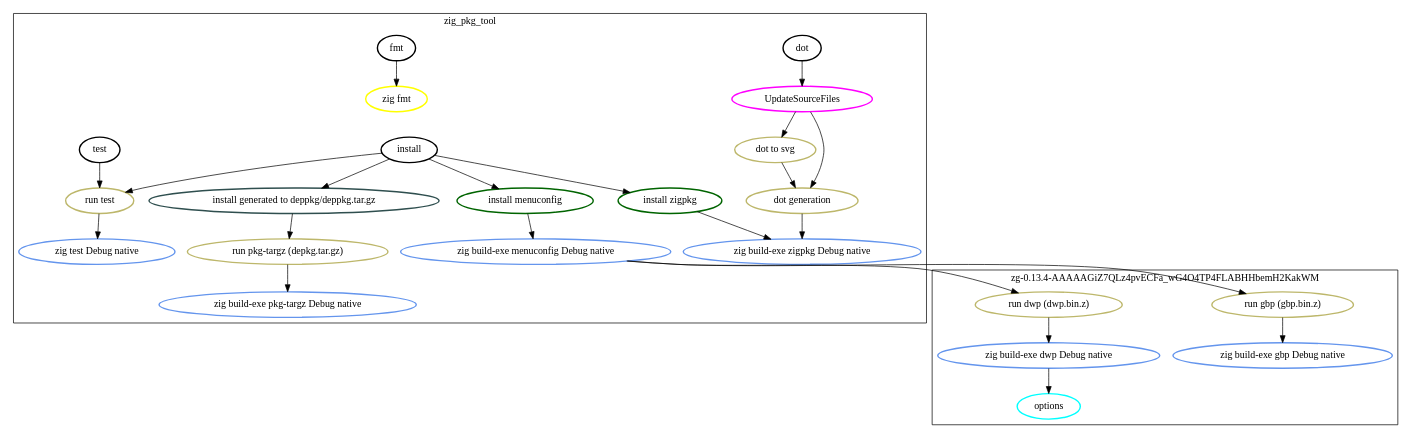
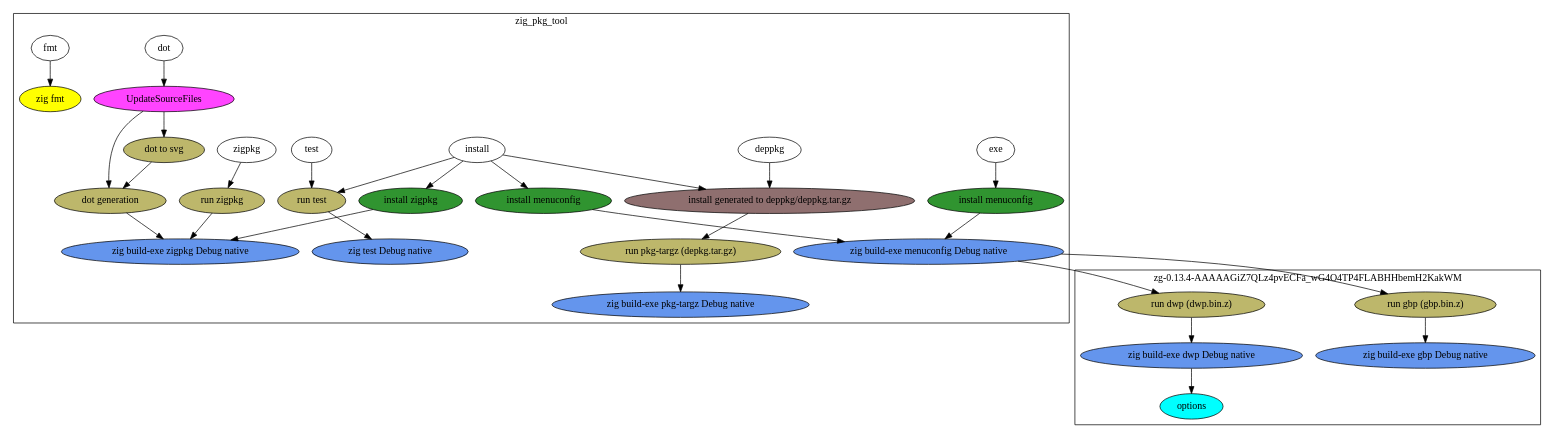
The diagram in graph.dot (dasimmet/zig_pkg_tool), drawn with Graphviz before and after one commit. The commit also changed 3 other files, not shown here.

```diff
--- a/graph.dot
+++ b/graph.dot
@@ -1,104 +1,90 @@
 digraph {
-"N0" [label="install", style="bold", color="#000000", group="G0", tooltip="zig_pkg_tool"]
+"N0" [label="install", style="filled", fillcolor="#ffffff", group="G0", tooltip="zig_pkg_tool"]
 "N0" -> "N1"
 "N0" -> "N2"
 "N0" -> "N3"
 "N0" -> "N4"
-"N1" [label="install menuconfig", style="bold", color="#006400", group="G0", tooltip="zig_pkg_tool"]
+"N1" [label="install menuconfig", style="filled", fillcolor="#309430", group="G0", tooltip="zig_pkg_tool"]
 "N1" -> "N5"
-"N5" [label="zig build-exe menuconfig Debug native", style="bold", color="#6495ed", group="G0", tooltip="zig_pkg_tool"]
+"N5" [label="zig build-exe menuconfig Debug native", style="filled", fillcolor="#6495ed", group="G0", tooltip="zig_pkg_tool"]
 "N5" -> "N6"
 "N5" -> "N7"
-"N6" [label="run gbp (gbp.bin.z)", style="bold", color="#bdb76b", group="G1", tooltip="zg-0.13.4-AAAAAGiZ7QLz4pvECFa_wG4O4TP4FLABHHbemH2KakWM"]
+"N6" [label="run gbp (gbp.bin.z)", style="filled", fillcolor="#bdb76b", group="G1", tooltip="zg-0.13.4-AAAAAGiZ7QLz4pvECFa_wG4O4TP4FLABHHbemH2KakWM"]
 "N6" -> "N8"
-"N8" [label="zig build-exe gbp Debug native", style="bold", color="#6495ed", group="G1", tooltip="zg-0.13.4-AAAAAGiZ7QLz4pvECFa_wG4O4TP4FLABHHbemH2KakWM"]
-"N7" [label="run dwp (dwp.bin.z)", style="bold", color="#bdb76b", group="G1", tooltip="zg-0.13.4-AAAAAGiZ7QLz4pvECFa_wG4O4TP4FLABHHbemH2KakWM"]
+"N8" [label="zig build-exe gbp Debug native", style="filled", fillcolor="#6495ed", group="G1", tooltip="zg-0.13.4-AAAAAGiZ7QLz4pvECFa_wG4O4TP4FLABHHbemH2KakWM"]
+"N7" [label="run dwp (dwp.bin.z)", style="filled", fillcolor="#bdb76b", group="G1", tooltip="zg-0.13.4-AAAAAGiZ7QLz4pvECFa_wG4O4TP4FLABHHbemH2KakWM"]
 "N7" -> "N9"
-"N9" [label="zig build-exe dwp Debug native", style="bold", color="#6495ed", group="G1", tooltip="zg-0.13.4-AAAAAGiZ7QLz4pvECFa_wG4O4TP4FLABHHbemH2KakWM"]
+"N9" [label="zig build-exe dwp Debug native", style="filled", fillcolor="#6495ed", group="G1", tooltip="zg-0.13.4-AAAAAGiZ7QLz4pvECFa_wG4O4TP4FLABHHbemH2KakWM"]
 "N9" -> "N10"
-"N10" [label="options", style="bold", color="#00ffff", group="G1", tooltip="zg-0.13.4-AAAAAGiZ7QLz4pvECFa_wG4O4TP4FLABHHbemH2KakWM"]
-"N2" [label="install generated to deppkg/deppkg.tar.gz", style="bold", color="#2f4f4f", group="G0", tooltip="zig_pkg_tool"]
+"N10" [label="options", style="filled", fillcolor="#00ffff", group="G1", tooltip="zg-0.13.4-AAAAAGiZ7QLz4pvECFa_wG4O4TP4FLABHHbemH2KakWM"]
+"N2" [label="install generated to deppkg/deppkg.tar.gz", style="filled", fillcolor="#8f6f6f", group="G0", tooltip="zig_pkg_tool"]
 "N2" -> "N11"
-"N11" [label="run pkg-targz (depkg.tar.gz)", style="bold", color="#bdb76b", group="G0", tooltip="zig_pkg_tool"]
+"N11" [label="run pkg-targz (depkg.tar.gz)", style="filled", fillcolor="#bdb76b", group="G0", tooltip="zig_pkg_tool"]
 "N11" -> "N12"
-"N12" [label="zig build-exe pkg-targz Debug native", style="bold", color="#6495ed", group="G0", tooltip="zig_pkg_tool"]
-"N3" [label="install zigpkg", style="bold", color="#006400", group="G0", tooltip="zig_pkg_tool"]
+"N12" [label="zig build-exe pkg-targz Debug native", style="filled", fillcolor="#6495ed", group="G0", tooltip="zig_pkg_tool"]
+"N3" [label="install zigpkg", style="filled", fillcolor="#309430", group="G0", tooltip="zig_pkg_tool"]
 "N3" -> "N13"
-"N13" [label="zig build-exe zigpkg Debug native", style="bold", color="#6495ed", group="G0", tooltip="zig_pkg_tool"]
-"N4" [label="run test", style="bold", color="#bdb76b", group="G0", tooltip="zig_pkg_tool"]
+"N13" [label="zig build-exe zigpkg Debug native", style="filled", fillcolor="#6495ed", group="G0", tooltip="zig_pkg_tool"]
+"N4" [label="run test", style="filled", fillcolor="#bdb76b", group="G0", tooltip="zig_pkg_tool"]
 "N4" -> "N14"
-"N14" [label="zig test Debug native", style="bold", color="#6495ed", group="G0", tooltip="zig_pkg_tool"]
-"N15" [label="dot", style="bold", color="#000000", group="G0", tooltip="zig_pkg_tool"]
+"N14" [label="zig test Debug native", style="filled", fillcolor="#6495ed", group="G0", tooltip="zig_pkg_tool"]
+"N15" [label="exe", style="filled", fillcolor="#ffffff", group="G0", tooltip="zig_pkg_tool"]
 "N15" -> "N16"
-"N16" [label="UpdateSourceFiles", style="bold", color="#ff00ff", group="G0", tooltip="zig_pkg_tool"]
-"N16" -> "N17"
-"N16" -> "N18"
-"N17" [label="dot generation", style="bold", color="#bdb76b", group="G0", tooltip="zig_pkg_tool"]
-"N17" -> "N13"
-"N18" [label="dot to svg", style="bold", color="#bdb76b", group="G0", tooltip="zig_pkg_tool"]
-"N18" -> "N17"
-"N19" [label="test", style="bold", color="#000000", group="G0", tooltip="zig_pkg_tool"]
-"N19" -> "N4"
-"N20" [label="fmt", style="bold", color="#000000", group="G0", tooltip="zig_pkg_tool"]
+"N16" [label="install menuconfig", style="filled", fillcolor="#309430", group="G0", tooltip="zig_pkg_tool"]
+"N16" -> "N5"
+"N17" [label="deppkg", style="filled", fillcolor="#ffffff", group="G0", tooltip="zig_pkg_tool"]
+"N17" -> "N2"
+"N18" [label="zigpkg", style="filled", fillcolor="#ffffff", group="G0", tooltip="zig_pkg_tool"]
+"N18" -> "N19"
+"N19" [label="run zigpkg", style="filled", fillcolor="#bdb76b", group="G0", tooltip="zig_pkg_tool"]
+"N19" -> "N13"
+"N20" [label="dot", style="filled", fillcolor="#ffffff", group="G0", tooltip="zig_pkg_tool"]
 "N20" -> "N21"
-"N21" [label="zig fmt", style="bold", color="#ffff00", group="G0", tooltip="zig_pkg_tool"]
+"N21" [label="UpdateSourceFiles", style="filled", fillcolor="#ff44ff", group="G0", tooltip="zig_pkg_tool"]
+"N21" -> "N22"
+"N21" -> "N23"
+"N22" [label="dot generation", style="filled", fillcolor="#bdb76b", group="G0", tooltip="zig_pkg_tool"]
+"N22" -> "N13"
+"N23" [label="dot to svg", style="filled", fillcolor="#bdb76b", group="G0", tooltip="zig_pkg_tool"]
+"N23" -> "N22"
+"N24" [label="test", style="filled", fillcolor="#ffffff", group="G0", tooltip="zig_pkg_tool"]
+"N24" -> "N4"
+"N25" [label="fmt", style="filled", fillcolor="#ffffff", group="G0", tooltip="zig_pkg_tool"]
+"N25" -> "N26"
+"N26" [label="zig fmt", style="filled", fillcolor="#ffff00", group="G0", tooltip="zig_pkg_tool"]
 subgraph cluster_0 {
   cluster = true
   label = "zig_pkg_tool"
   "N0"
   "N1"
+  "N2"
+  "N3"
+  "N4"
   "N5"
-  "N2"
   "N11"
   "N12"
-  "N3"
   "N13"
-  "N4"
   "N14"
+  "N15"
+  "N16"
+  "N17"
+  "N18"
+  "N19"
+  "N20"
+  "N21"
+  "N22"
+  "N23"
+  "N24"
+  "N25"
+  "N26"
 }
 subgraph cluster_1 {
   cluster = true
   label = "zg-0.13.4-AAAAAGiZ7QLz4pvECFa_wG4O4TP4FLABHHbemH2KakWM"
   "N6"
+  "N7"
   "N8"
-  "N7"
   "N9"
   "N10"
 }
-subgraph cluster_0 {
-  cluster = true
-  label = "zig_pkg_tool"
-  "N15"
-  "N16"
-  "N17"
-  "N13"
-  "N18"
-  "N17"
-  "N13"
 }
-subgraph cluster_1 {
-  cluster = true
-  label = "zg-0.13.4-AAAAAGiZ7QLz4pvECFa_wG4O4TP4FLABHHbemH2KakWM"
-}
-subgraph cluster_0 {
-  cluster = true
-  label = "zig_pkg_tool"
-  "N19"
-  "N4"
-  "N14"
-}
-subgraph cluster_1 {
-  cluster = true
-  label = "zg-0.13.4-AAAAAGiZ7QLz4pvECFa_wG4O4TP4FLABHHbemH2KakWM"
-}
-subgraph cluster_0 {
-  cluster = true
-  label = "zig_pkg_tool"
-  "N20"
-  "N21"
-}
-subgraph cluster_1 {
-  cluster = true
-  label = "zg-0.13.4-AAAAAGiZ7QLz4pvECFa_wG4O4TP4FLABHHbemH2KakWM"
-}
-}
```
